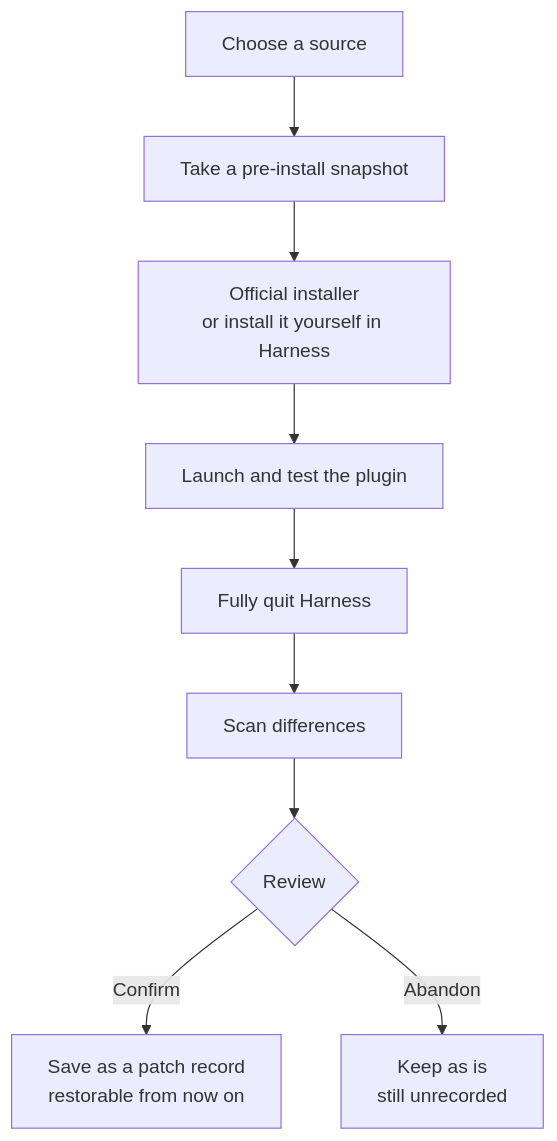
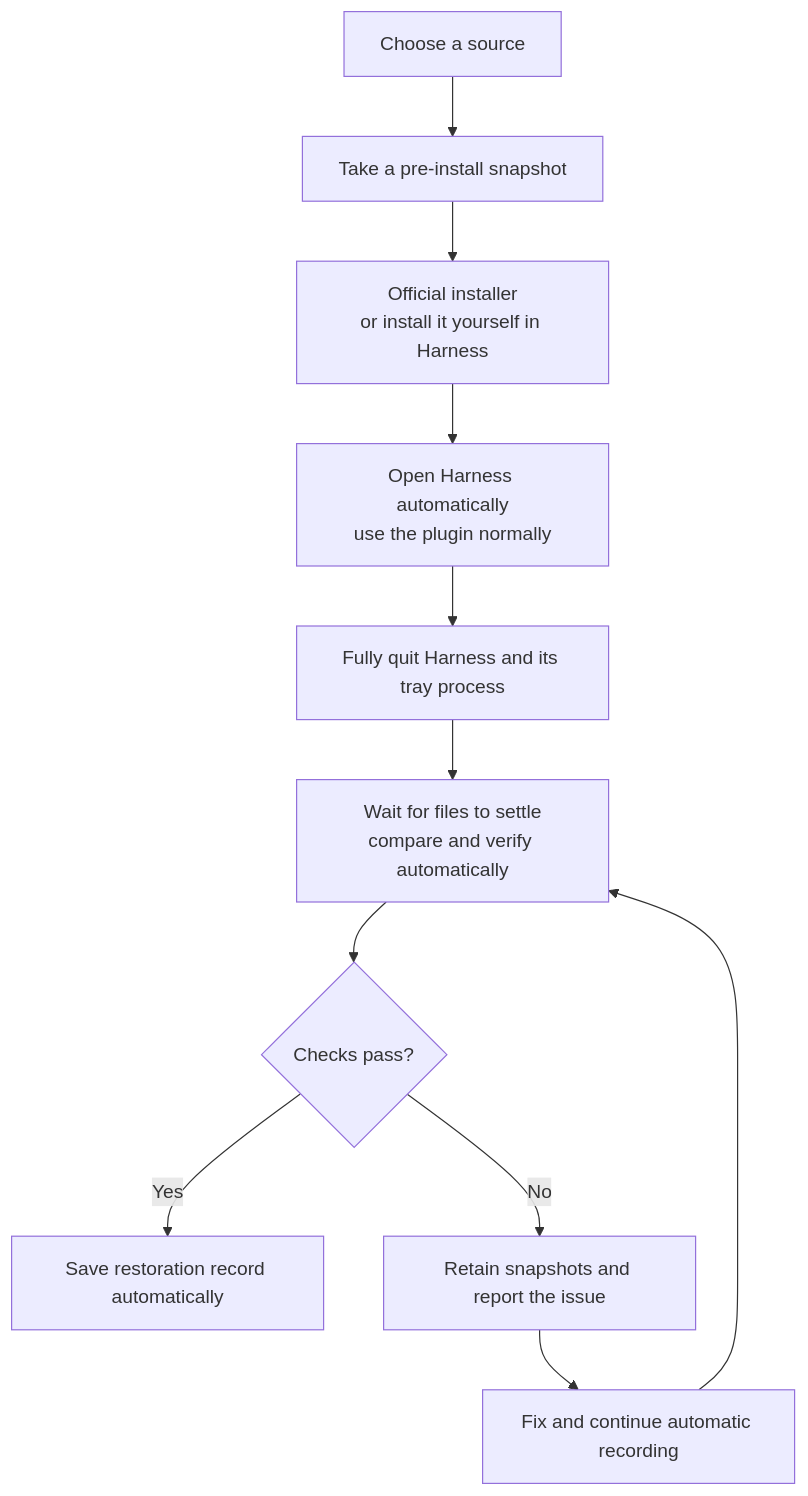
Before and after one commit to schrieeeffer/harness-launcher: the second of 2 diagrams in README.en.md, drawn with Mermaid. The commit also changed other lines of this file and 26 other files, not shown here.

````diff
--- a/README.en.md
+++ b/README.en.md
@@ -423,11 +443,13 @@
 ```mermaid
 flowchart TD
     S[Choose a source] --> B[Take a pre-install snapshot]
     B --> I[Official installer<br/>or install it yourself in Harness]
-    I --> T[Launch and test the plugin]
-    T --> Q[Fully quit Harness]
-    Q --> D[Scan differences]
-    D --> R{Review}
-    R -- Confirm --> K[Save as a patch record<br/>restorable from now on]
-    R -- Abandon --> N[Keep as is<br/>still unrecorded]
+    I --> T[Open Harness automatically<br/>use the plugin normally]
+    T --> Q[Fully quit Harness and its tray process]
+    Q --> D[Wait for files to settle<br/>compare and verify automatically]
+    D --> R{Checks pass?}
+    R -- Yes --> K[Save restoration record automatically]
+    R -- No --> N[Retain snapshots and report the issue]
+    N --> F[Fix and continue automatic recording]
+    F --> D
 ```
````
